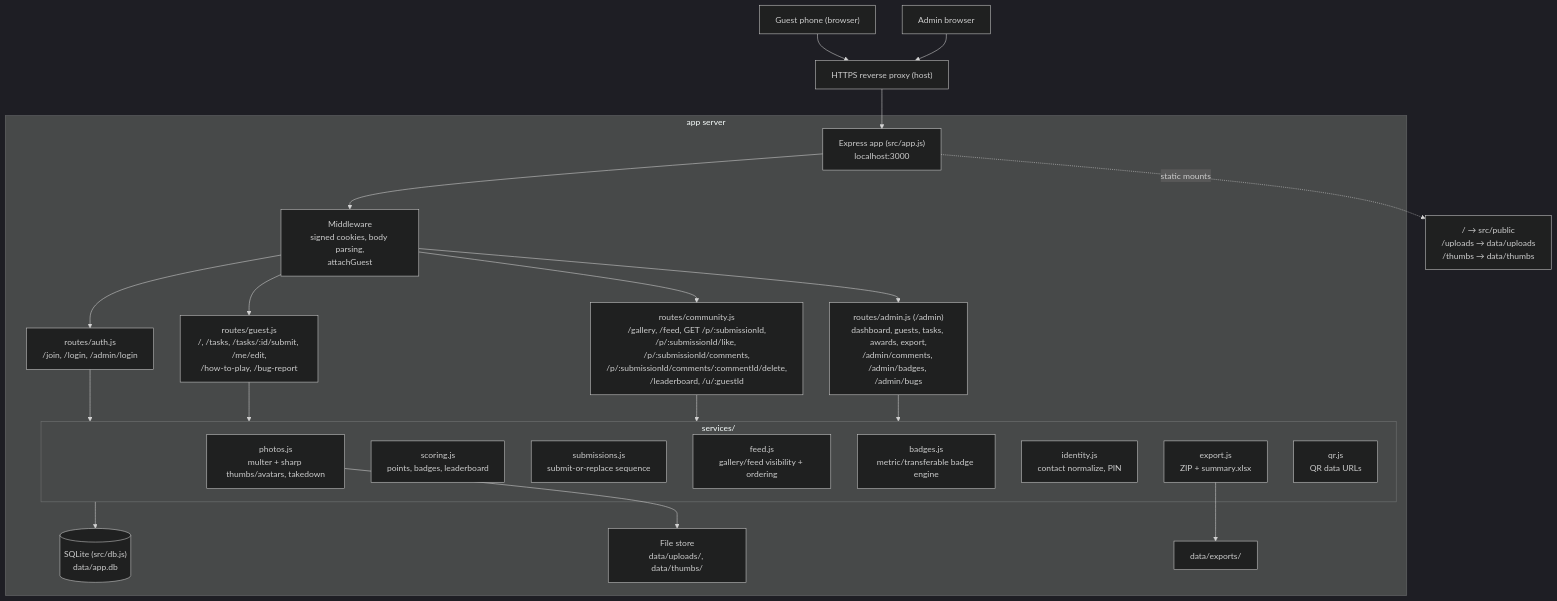
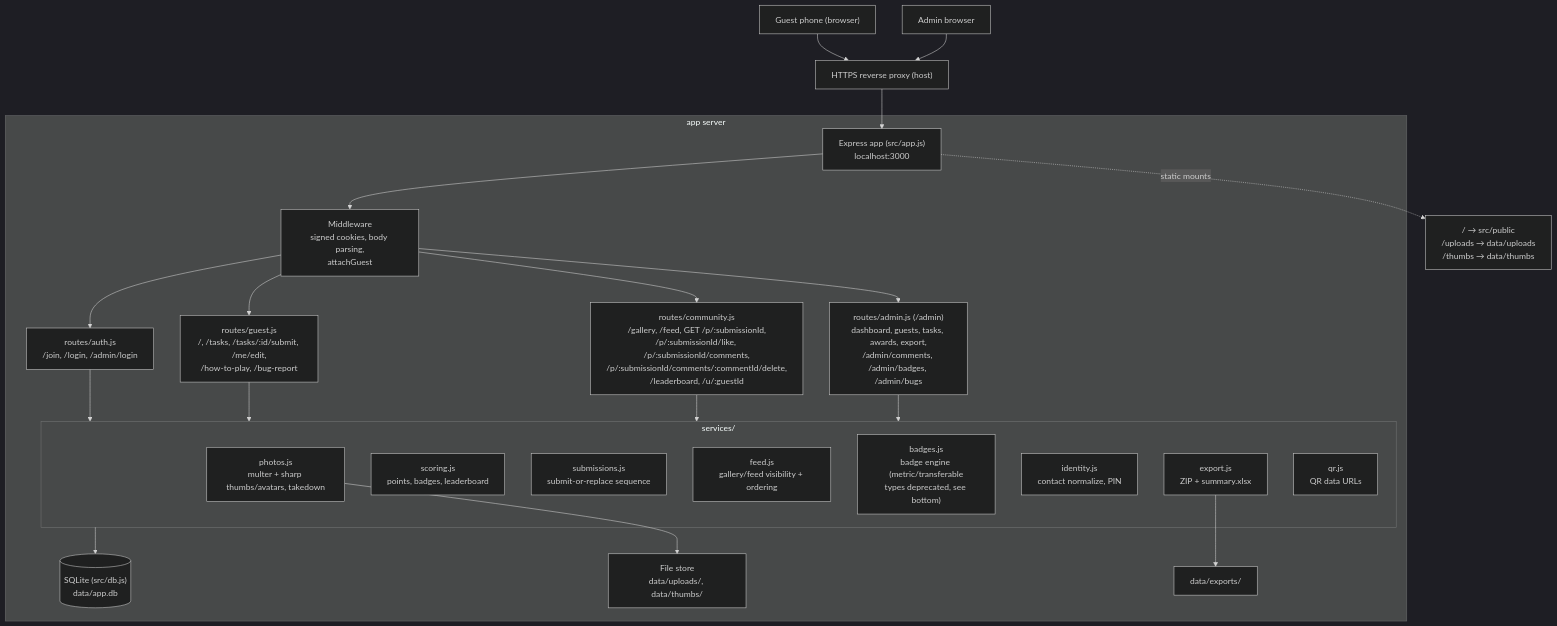
One commit to TrevorHumble/TaskMasterWedding changed the first of 2 diagrams in docs/architecture.md. Above: the diagram before and after it, drawn with Mermaid (dark theme). The commit also changed other lines of this file and 2 other files, not shown here.

First line of the commit message:
docs: lead scoring/badge docs with the intended design, deprecate the old system (#724)

````diff
--- a/docs/architecture.md
+++ b/docs/architecture.md
@@ -9,37 +11,37 @@
 ```mermaid
 flowchart TD
     phone["Guest phone (browser)"] --> proxy
     admin["Admin browser"] --> proxy
     proxy["HTTPS reverse proxy (host)"] --> express
 
     subgraph server["app server"]
         express["Express app (src/app.js)<br/>localhost:3000"]
         express --> mw["Middleware<br/>signed cookies, body parsing,<br/>attachGuest"]
         mw --> auth["routes/auth.js<br/>/join, /login, /admin/login"]
         mw --> guest["routes/guest.js<br/>/, /tasks, /tasks/:id/submit, /me/edit,<br/>/how-to-play, /bug-report"]
         mw --> community["routes/community.js<br/>/gallery, /feed, GET /p/:submissionId,<br/>/p/:submissionId/like, /p/:submissionId/comments,<br/>/p/:submissionId/comments/:commentId/delete,<br/>/leaderboard, /u/:guestId"]
         mw --> adminr["routes/admin.js (/admin)<br/>dashboard, guests, tasks, awards, export,<br/>/admin/comments, /admin/badges, /admin/bugs"]
 
         auth --> svc
         guest --> svc
         community --> svc
         adminr --> svc
 
         subgraph svc["services/"]
             photos["photos.js<br/>multer + sharp thumbs/avatars, takedown"]
             scoring["scoring.js<br/>points, badges, leaderboard"]
             submissions["submissions.js<br/>submit-or-replace sequence"]
             feed["feed.js<br/>gallery/feed visibility + ordering"]
-            badges["badges.js<br/>metric/transferable badge engine"]
+            badges["badges.js<br/>badge engine (metric/transferable<br/>types deprecated, see bottom)"]
             identity["identity.js<br/>contact normalize, PIN"]
             export["export.js<br/>ZIP + summary.xlsx"]
             qr["qr.js<br/>QR data URLs"]
         end
 
         svc --> db[("SQLite (src/db.js)<br/>data/app.db")]
         photos --> files["File store<br/>data/uploads/, data/thumbs/"]
         export --> exports["data/exports/"]
     end
 
     express -. "static mounts" .-> static["/ → src/public<br/>/uploads → data/uploads<br/>/thumbs → data/thumbs"]
 ```
````
